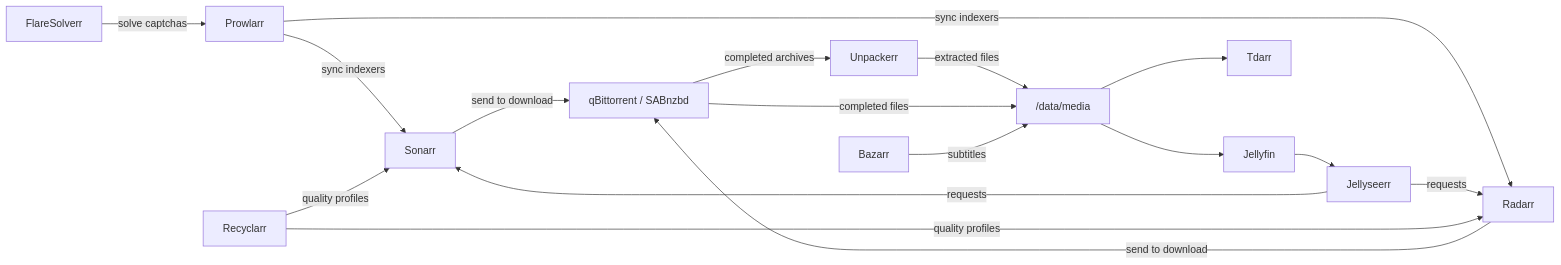
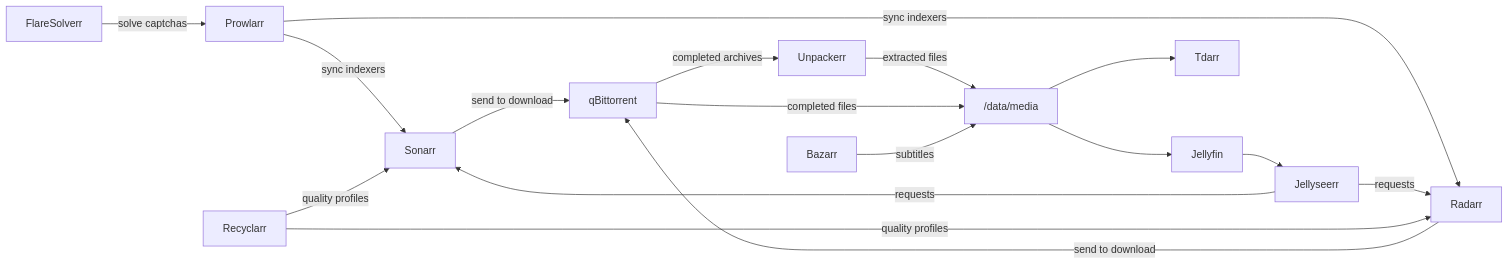
Before and after one commit to kyleseneker/homelab: the diagram in docs/apps/index.md, drawn with Mermaid. The commit also changed other lines of this file and 19 other files, not shown here.

Commit message:
refactor: remove SABnzbd, rename downloads dir, enable VPN port forwarding

````diff
--- a/docs/apps/index.md
+++ b/docs/apps/index.md
@@ -21,19 +21,19 @@
 ```mermaid
 flowchart LR
     Prowlarr -->|"sync indexers"| Sonarr
     Prowlarr -->|"sync indexers"| Radarr
     Jellyseerr -->|"requests"| Sonarr
     Jellyseerr -->|"requests"| Radarr
-    Sonarr -->|"send to download"| Downloads["qBittorrent / SABnzbd"]
+    Sonarr -->|"send to download"| Downloads["qBittorrent"]
     Radarr -->|"send to download"| Downloads
     Downloads -->|"completed archives"| Unpackerr
     Unpackerr -->|"extracted files"| Media["/data/media"]
     Downloads -->|"completed files"| Media
     Media --> Jellyfin
     Media --> Tdarr
     Bazarr -->|"subtitles"| Media
     Recyclarr -->|"quality profiles"| Sonarr
     Recyclarr -->|"quality profiles"| Radarr
     FlareSolverr -->|"solve captchas"| Prowlarr
     Jellyfin --> Jellyseerr
 ```
````
